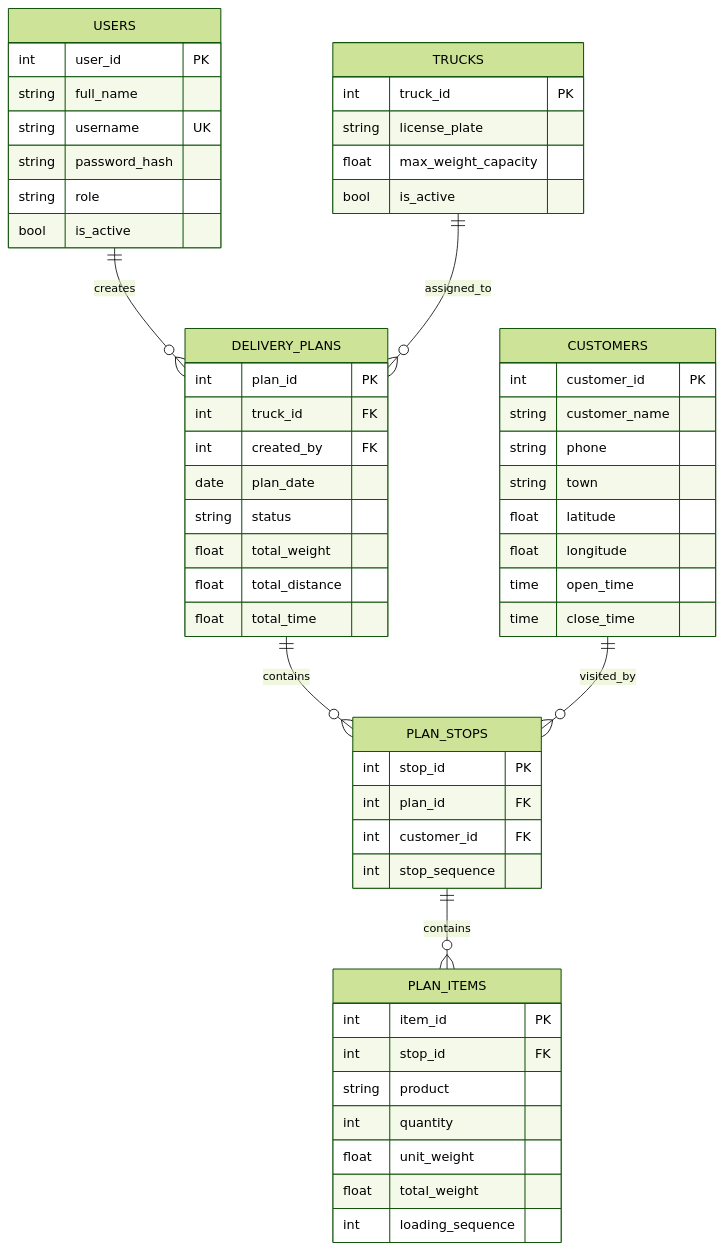
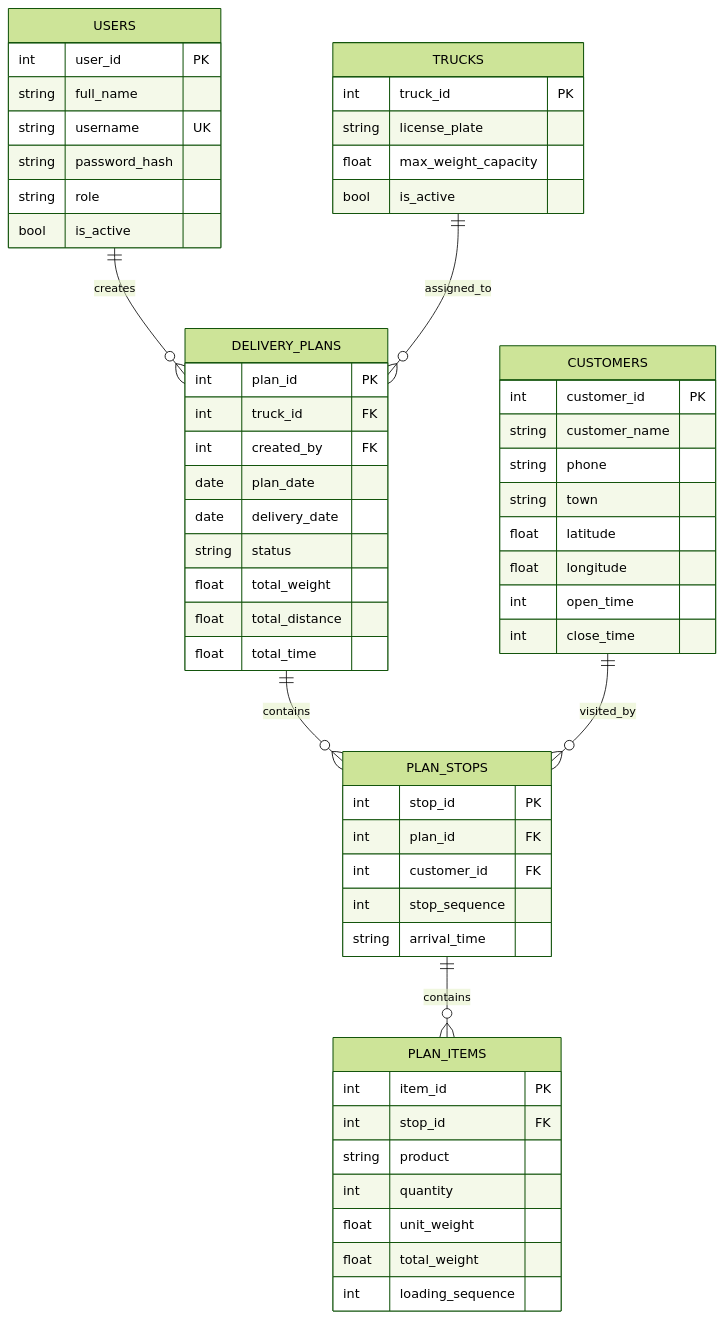
One commit to Lilyrose-Bruce/distriflow changed the first of 2 diagrams in ARCHITECTURE.md. Above: the diagram before and after it, drawn with Mermaid (forest theme). The commit also changed other lines of this file, not shown here.

First line of the commit message:
Revise ARCHITECTURE.md for current implementation details

````diff
--- a/ARCHITECTURE.md
+++ b/ARCHITECTURE.md
@@ -144,58 +105,60 @@
 ```mermaid
 erDiagram
     USERS ||--o{ DELIVERY_PLANS : creates
     TRUCKS ||--o{ DELIVERY_PLANS : assigned_to
     DELIVERY_PLANS ||--o{ PLAN_STOPS : contains
     CUSTOMERS ||--o{ PLAN_STOPS : visited_by
     PLAN_STOPS ||--o{ PLAN_ITEMS : contains
 
     USERS {
         int user_id PK
         string full_name
         string username UK
         string password_hash
         string role
         bool is_active
     }
     TRUCKS {
         int truck_id PK
         string license_plate
         float max_weight_capacity
         bool is_active
     }
     CUSTOMERS {
         int customer_id PK
         string customer_name
         string phone
         string town
         float latitude
         float longitude
-        time open_time
-        time close_time
+        int open_time
+        int close_time
     }
     DELIVERY_PLANS {
         int plan_id PK
         int truck_id FK
         int created_by FK
         date plan_date
+        date delivery_date
         string status
         float total_weight
         float total_distance
         float total_time
     }
     PLAN_STOPS {
         int stop_id PK
         int plan_id FK
         int customer_id FK
         int stop_sequence
+        string arrival_time
     }
     PLAN_ITEMS {
         int item_id PK
         int stop_id FK
         string product
         int quantity
         float unit_weight
         float total_weight
         int loading_sequence
     }
 ```
````
